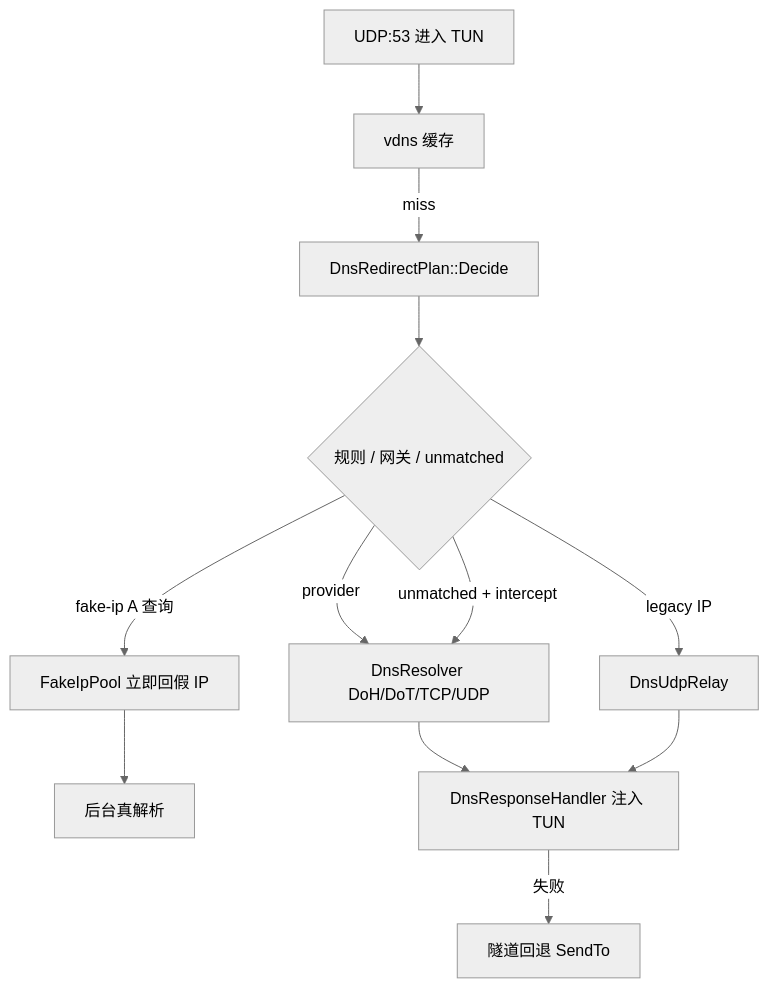
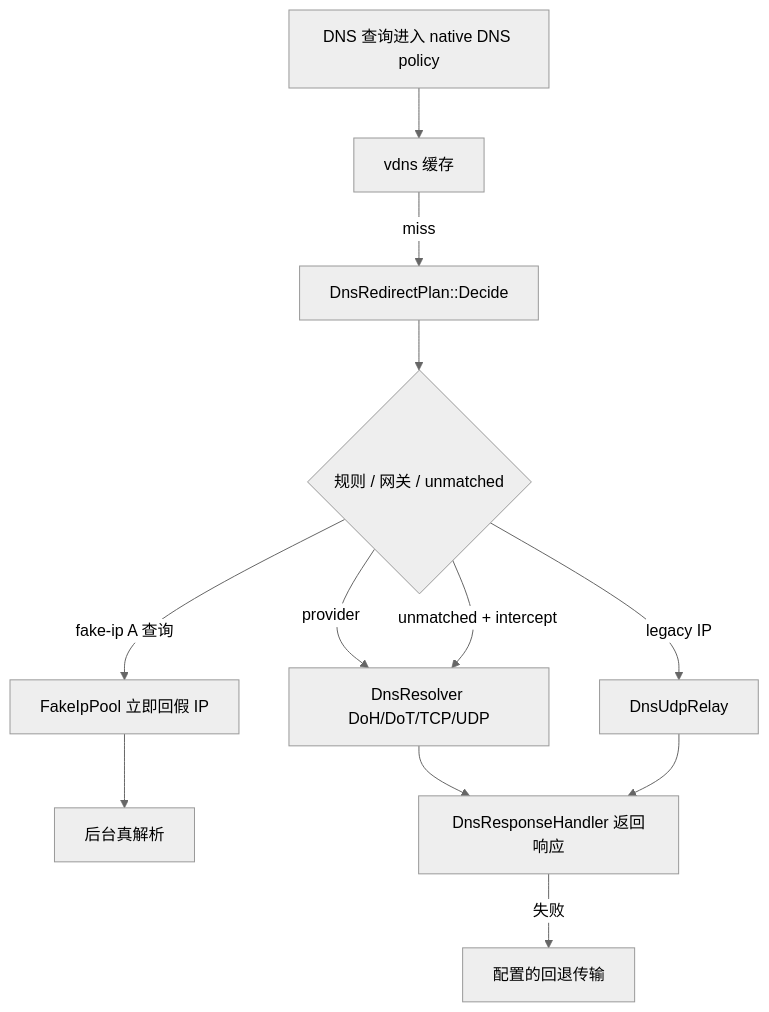
The fourth of 8 diagrams in docs/guides/ROUTING_AND_DNS_CN.md (rebecca554owen/openppp2), drawn with Mermaid (neutral theme) before and after one commit. The commit also changed other lines of this file and 34 other files, not shown here.

````diff
--- a/docs/guides/ROUTING_AND_DNS_CN.md
+++ b/docs/guides/ROUTING_AND_DNS_CN.md
@@ -177,14 +237,14 @@
 ```mermaid
 flowchart TD
-    A[UDP:53 进入 TUN] --> B[vdns 缓存]
+    A[DNS 查询进入 native DNS policy] --> B[vdns 缓存]
     B -->|miss| C[DnsRedirectPlan::Decide]
     C --> D{规则 / 网关 / unmatched}
     D -->|provider| E[DnsResolver DoH/DoT/TCP/UDP]
     D -->|legacy IP| F[DnsUdpRelay]
     D -->|unmatched + intercept| E
     D -->|fake-ip A 查询| G[FakeIpPool 立即回假 IP]
     G --> H[后台真解析]
-    E --> I[DnsResponseHandler 注入 TUN]
+    E --> I[DnsResponseHandler 返回响应]
     F --> I
-    I -->|失败| J[隧道回退 SendTo]
+    I -->|失败| J[配置的回退传输]
 ```
````
